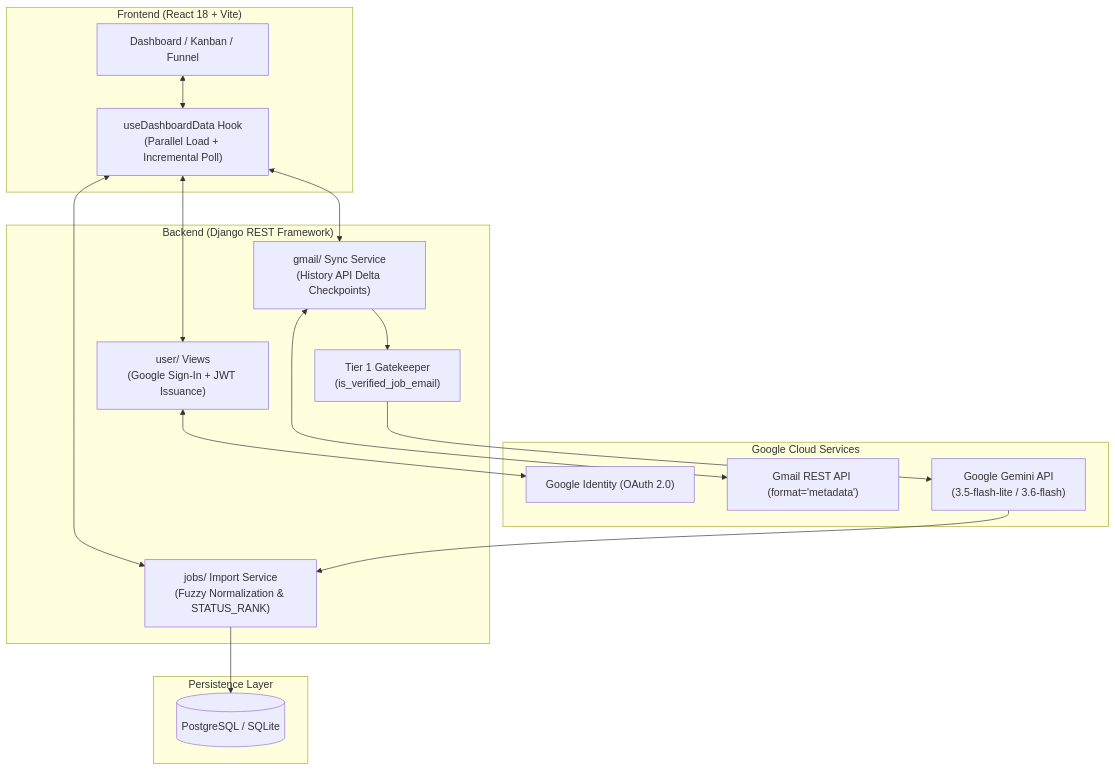
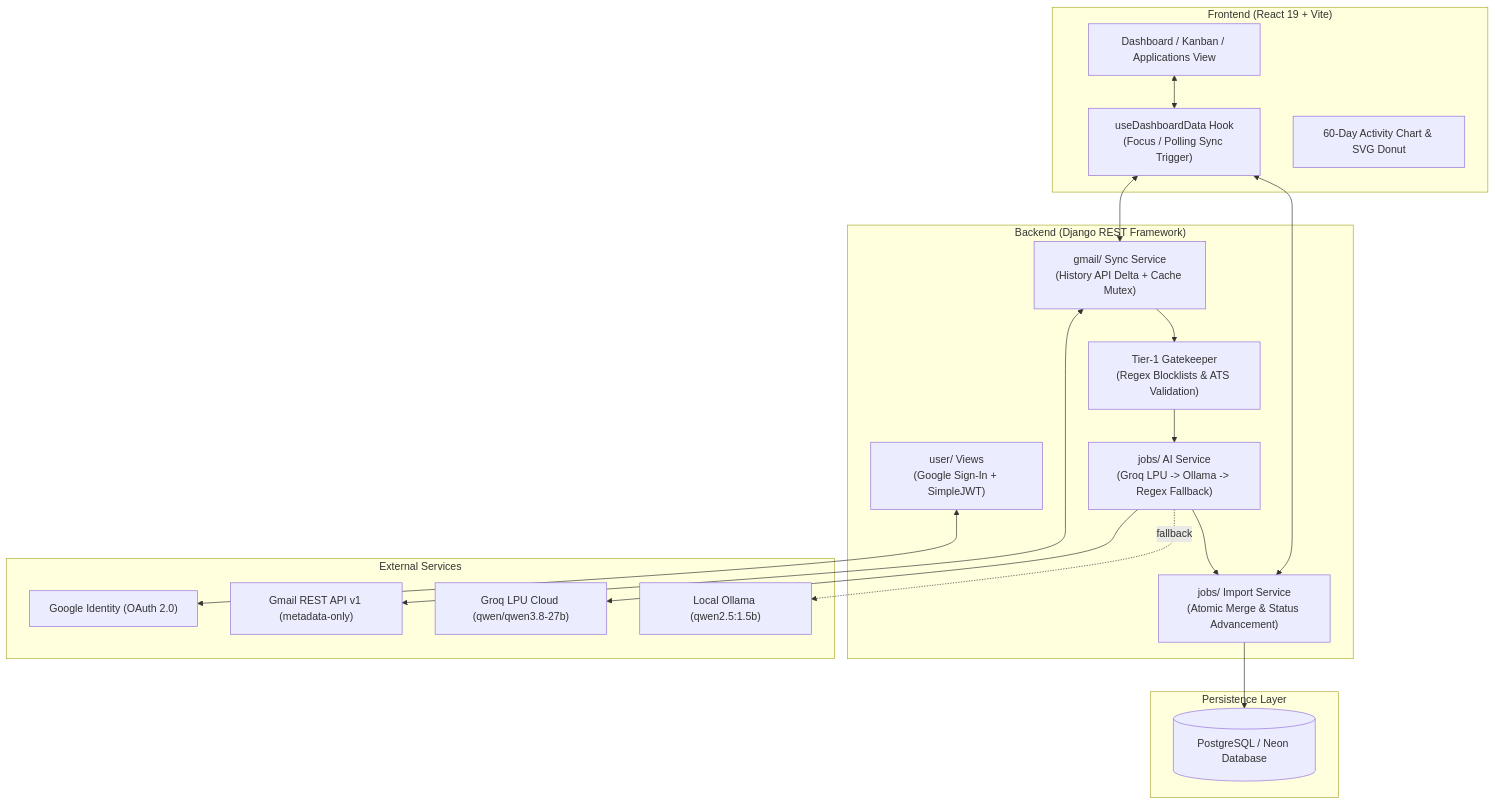
The diagram in readme.md (Yaswanthpatnam/hirelogix), drawn with Mermaid before and after one commit. The commit also changed other lines of this file and 31 other files, not shown here.

Commit message:
feat: upgrade to hybrid AI pipeline, cache mutex lock, swipeable activity chart, and env security

````diff
--- a/readme.md
+++ b/readme.md
@@ -96,35 +140,39 @@
 ```mermaid
 flowchart TD
-    subgraph Client ["Frontend (React 18 + Vite)"]
-        UI["Dashboard / Kanban / Funnel"]
-        HOOK["useDashboardData Hook\n(Parallel Load + Incremental Poll)"]
+    subgraph Client ["Frontend (React 19 + Vite)"]
+        UI["Dashboard / Kanban / Applications View"]
+        HOOK["useDashboardData Hook\n(Focus / Polling Sync Trigger)"]
+        CHART["60-Day Activity Chart & SVG Donut"]
     end
 
-    subgraph Django ["Backend (Django REST Framework)"]
-        AUTH["user/ Views\n(Google Sign-In + JWT Issuance)"]
-        GMAIL["gmail/ Sync Service\n(History API Delta Checkpoints)"]
-        GATEKEEPER["Tier 1 Gatekeeper\n(is_verified_job_email)"]
-        DEDUP["jobs/ Import Service\n(Fuzzy Normalization & STATUS_RANK)"]
+    subgraph Backend ["Backend (Django REST Framework)"]
+        AUTH["user/ Views\n(Google Sign-In + SimpleJWT)"]
+        SYNC["gmail/ Sync Service\n(History API Delta + Cache Mutex)"]
+        GATEKEEPER["Tier-1 Gatekeeper\n(Regex Blocklists & ATS Validation)"]
+        AI["jobs/ AI Service\n(Groq LPU -> Ollama -> Regex Fallback)"]
+        DEDUP["jobs/ Import Service\n(Atomic Merge & Status Advancement)"]
     end
 
-    subgraph Google ["Google Cloud Services"]
+    subgraph External ["External Services"]
         G_AUTH["Google Identity (OAuth 2.0)"]
-        G_API["Gmail REST API (format='metadata')"]
-        GEMINI["Google Gemini API\n(3.5-flash-lite / 3.6-flash)"]
+        G_API["Gmail REST API v1 (metadata-only)"]
+        GROQ["Groq LPU Cloud (qwen/qwen3.8-27b)"]
+        OLLAMA["Local Ollama (qwen2.5:1.5b)"]
     end
 
     subgraph Database ["Persistence Layer"]
-        DB[(PostgreSQL / SQLite)]
+        DB[(PostgreSQL / Neon Database)]
     end
 
     UI <--> HOOK
-    HOOK <--> AUTH
-    HOOK <--> GMAIL
+    HOOK <--> SYNC
     HOOK <--> DEDUP
     AUTH <--> G_AUTH
-    GMAIL <--> G_API
-    GMAIL --> GATEKEEPER
-    GATEKEEPER --> GEMINI
-    GEMINI --> DEDUP
+    SYNC <--> G_API
+    SYNC --> GATEKEEPER
+    GATEKEEPER --> AI
+    AI --> GROQ
+    AI -. fallback .-> OLLAMA
+    AI --> DEDUP
     DEDUP --> DB
 ```
````
